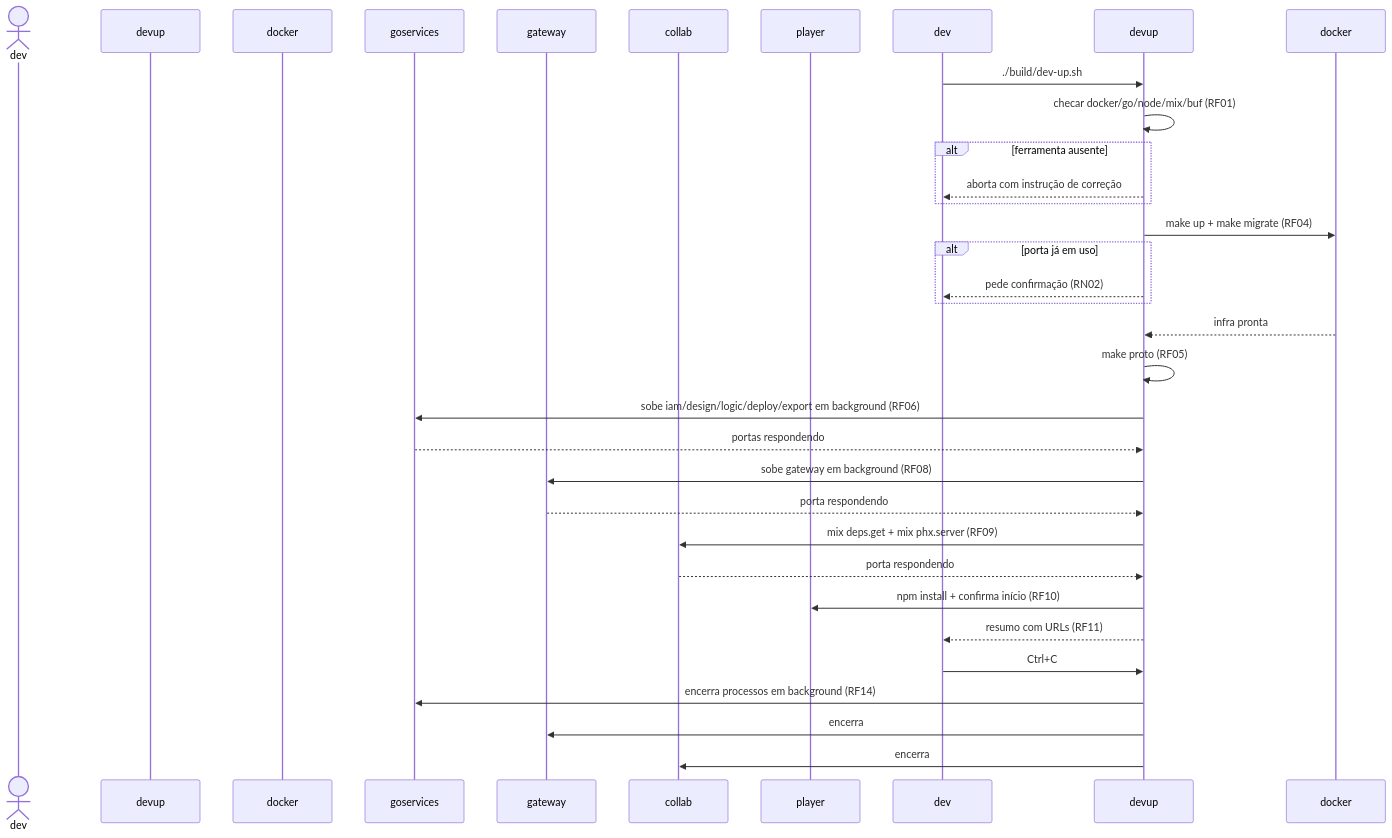
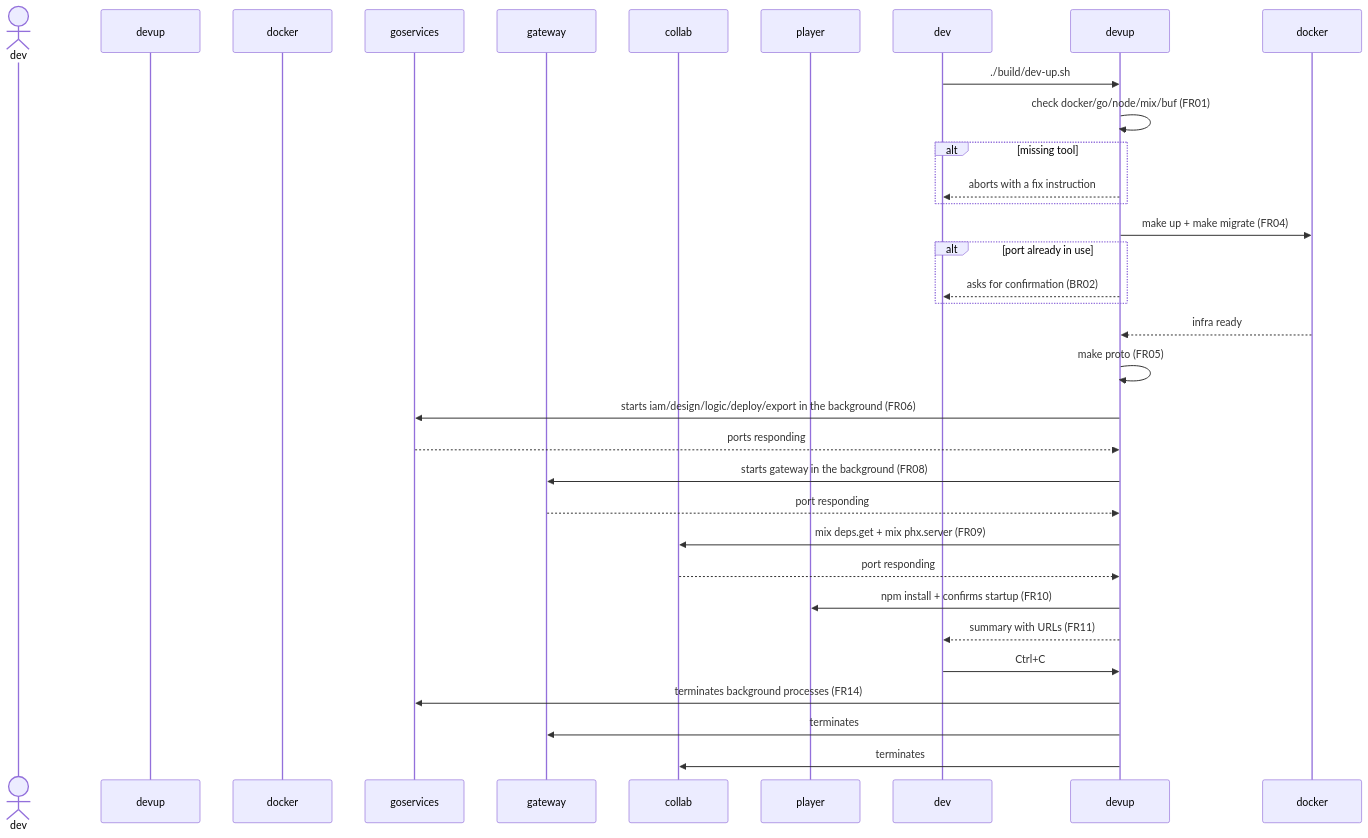
The second of 2 diagrams in specs/005-comando-inicializacao-local/spec.md (GiovaniRodrigo/arquitetura-mach-saas-nocode), drawn with Mermaid before and after one commit. The commit also changed other lines of this file and 86 other files, not shown here.

````diff
--- a/specs/005-comando-inicializacao-local/spec.md
+++ b/specs/005-comando-inicializacao-local/spec.md
@@ -94,34 +94,34 @@
 ```mermaid
 sequenceDiagram
-  actor Desenvolvedor as dev
+  actor Developer as dev
   participant Script as devup
   participant Docker as docker
   participant Go as goservices
   participant Gateway as gateway
   participant Collab as collab
   participant Player as player
 
   dev->>devup: ./build/dev-up.sh
-  devup->>devup: checar docker/go/node/mix/buf (RF01)
-  alt ferramenta ausente
-    devup-->>dev: aborta com instrução de correção
+  devup->>devup: check docker/go/node/mix/buf (FR01)
+  alt missing tool
+    devup-->>dev: aborts with a fix instruction
   end
-  devup->>docker: make up + make migrate (RF04)
-  alt porta já em uso
-    devup-->>dev: pede confirmação (RN02)
+  devup->>docker: make up + make migrate (FR04)
+  alt port already in use
+    devup-->>dev: asks for confirmation (BR02)
   end
-  docker-->>devup: infra pronta
-  devup->>devup: make proto (RF05)
-  devup->>Go: sobe iam/design/logic/deploy/export em background (RF06)
-  Go-->>devup: portas respondendo
-  devup->>Gateway: sobe gateway em background (RF08)
-  Gateway-->>devup: porta respondendo
-  devup->>Collab: mix deps.get + mix phx.server (RF09)
-  Collab-->>devup: porta respondendo
-  devup->>Player: npm install + confirma início (RF10)
-  devup-->>dev: resumo com URLs (RF11)
+  docker-->>devup: infra ready
+  devup->>devup: make proto (FR05)
+  devup->>Go: starts iam/design/logic/deploy/export in the background (FR06)
+  Go-->>devup: ports responding
+  devup->>Gateway: starts gateway in the background (FR08)
+  Gateway-->>devup: port responding
+  devup->>Collab: mix deps.get + mix phx.server (FR09)
+  Collab-->>devup: port responding
+  devup->>Player: npm install + confirms startup (FR10)
+  devup-->>dev: summary with URLs (FR11)
   dev->>devup: Ctrl+C
-  devup->>Go: encerra processos em background (RF14)
-  devup->>Gateway: encerra
-  devup->>Collab: encerra
+  devup->>Go: terminates background processes (FR14)
+  devup->>Gateway: terminates
+  devup->>Collab: terminates
 ```
````
